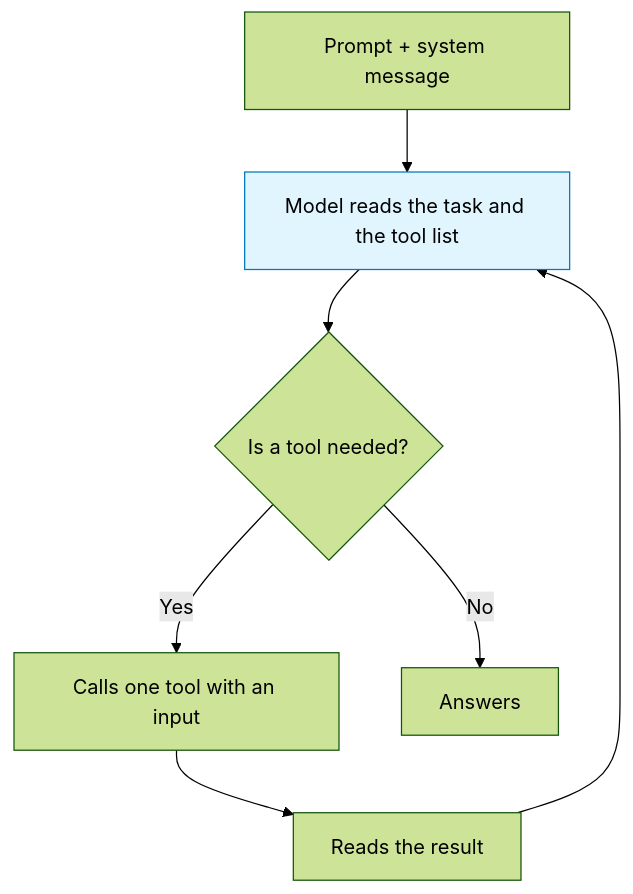
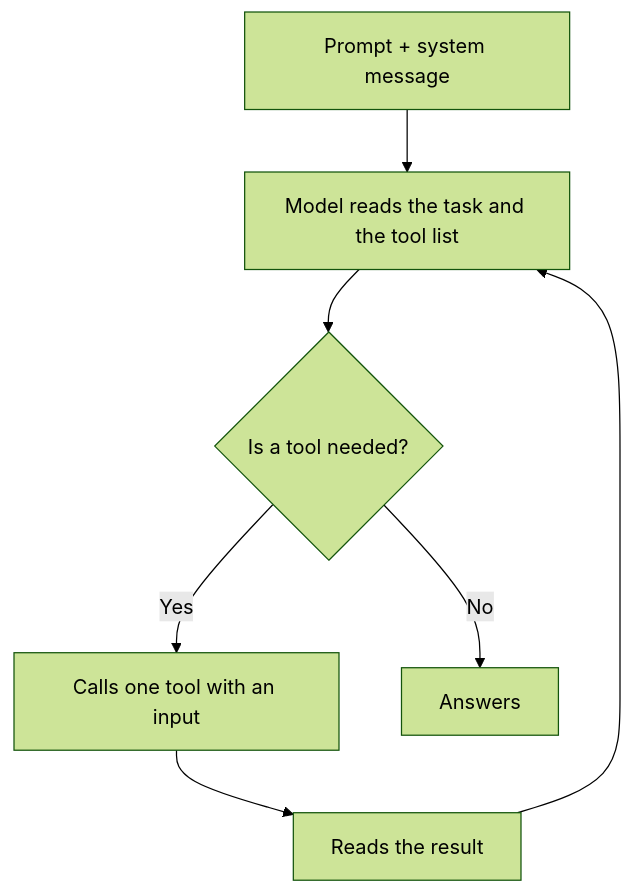
The first of 2 diagrams in src/content/docs/concepts/ai/tool-selection.mdx (agentic-com/Agentic-Flow-Doc), drawn with Mermaid (forest theme) before and after one commit. The commit also changed other lines of this file and 36 other files, not shown here.

````diff
--- a/src/content/docs/concepts/ai/tool-selection.mdx
+++ b/src/content/docs/concepts/ai/tool-selection.mdx
@@ -13,11 +15,11 @@
 ```mermaid
 flowchart TD
   Prompt["Prompt + system message"] --> Read["Model reads the task and the tool list"]
   Read --> Pick{"Is a tool needed?"}
   Pick -->|Yes| Call["Calls one tool with an input"]
   Call --> Result["Reads the result"]
   Result --> Read
   Pick -->|No| Answer["Answers"]
 
-  style Read fill:#e1f5fe,stroke:#0277bd
+  class Read awf-ai
 ```
````
